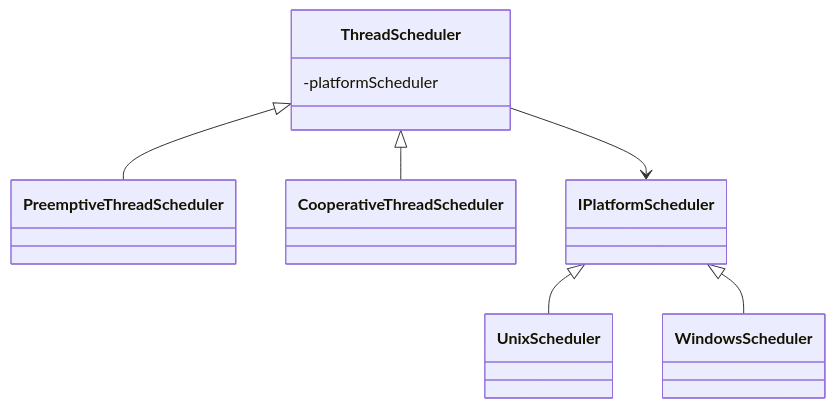
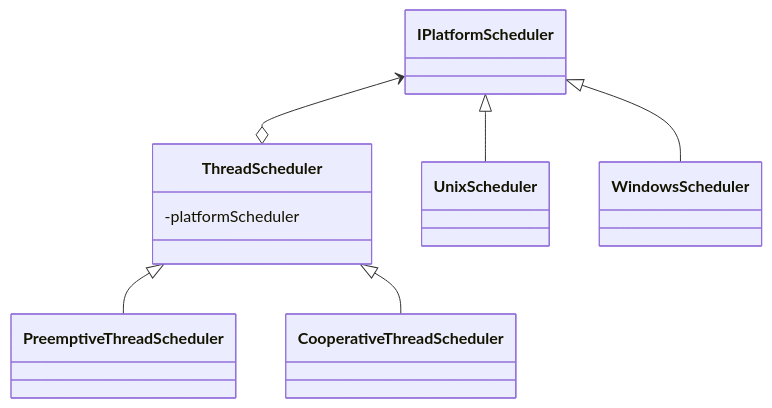
Before and after one commit to jackheywood/DesignPatterns: the second of 2 diagrams in README.md, drawn with Mermaid. The commit also changed 6 other files, not shown here.

````diff
--- a/README.md
+++ b/README.md
@@ -162,9 +162,9 @@
 ```mermaid
 classDiagram
     ThreadScheduler <|-- PreemptiveThreadScheduler
     ThreadScheduler <|-- CooperativeThreadScheduler
-    ThreadScheduler --> IPlatformScheduler
+    IPlatformScheduler <--o ThreadScheduler
     IPlatformScheduler <|-- UnixScheduler
     IPlatformScheduler <|-- WindowsScheduler
     ThreadScheduler : -platformScheduler
 ```
````
